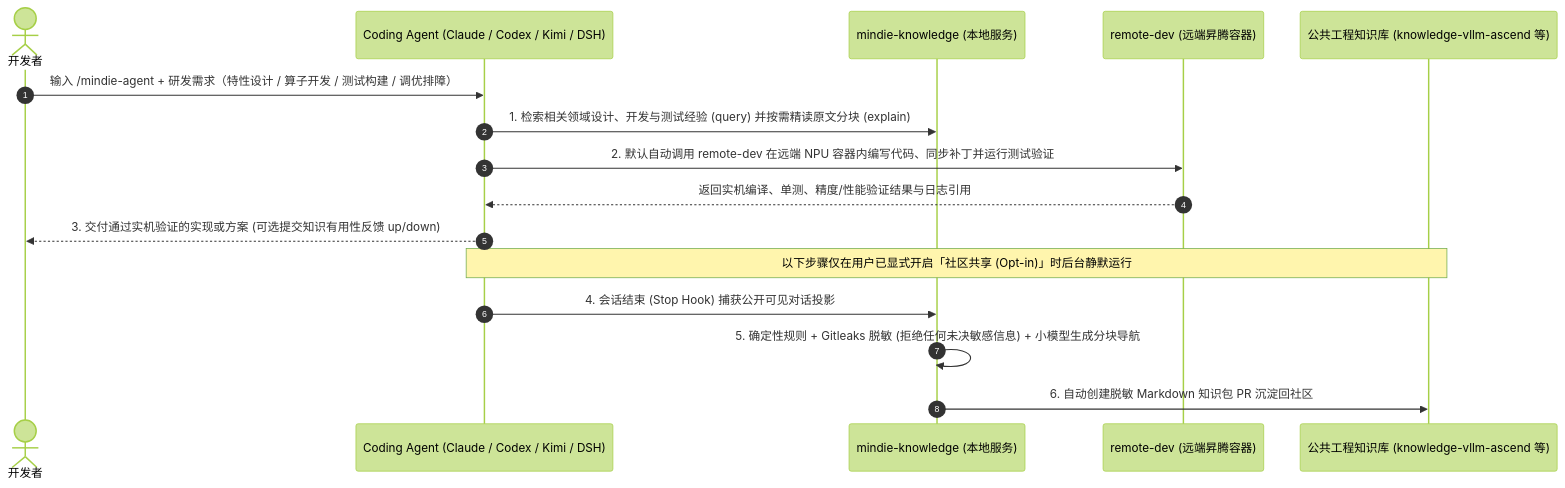
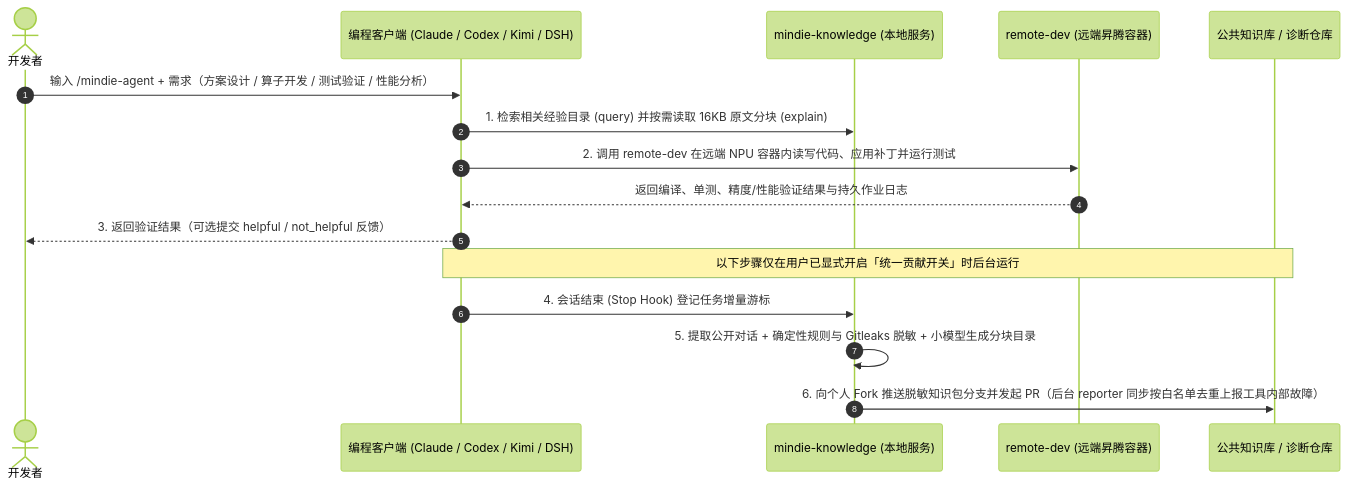
One commit to grandolantow/mindie-agent changed the second of 2 diagrams in README.md. Above: the diagram before and after it, drawn with Mermaid (forest theme). The commit also changed other lines of this file and 15 other files, not shown here.

````diff
--- a/README.md
+++ b/README.md
@@ -221,19 +224,19 @@
 ```mermaid
 sequenceDiagram
   autonumber
   actor Dev as 开发者
-  participant Agent as Coding Agent (Claude / Codex / Kimi / DSH)
+  participant Agent as 编程客户端 (Claude / Codex / Kimi / DSH)
   participant Know as mindie-knowledge (本地服务)
   participant NPU as remote-dev (远端昇腾容器)
-  participant Repo as 公共工程知识库 (knowledge-vllm-ascend 等)
+  participant Repo as 公共知识库 / 诊断仓库
 
-  Dev->>Agent: 输入 /mindie-agent + 研发需求（特性设计 / 算子开发 / 测试构建 / 调优排障）
-  Agent->>Know: 1. 检索相关领域设计、开发与测试经验 (query) 并按需精读原文分块 (explain)
-  Agent->>NPU: 2. 默认自动调用 remote-dev 在远端 NPU 容器内编写代码、同步补丁并运行测试验证
-  NPU-->>Agent: 返回实机编译、单测、精度/性能验证结果与日志引用
-  Agent-->>Dev: 3. 交付通过实机验证的实现或方案 (可选提交知识有用性反馈 up/down)
-  Note over Agent,Repo: 以下步骤仅在用户已显式开启「社区共享 (Opt-in)」时后台静默运行
-  Agent->>Know: 4. 会话结束 (Stop Hook) 捕获公开可见对话投影
-  Know->>Know: 5. 确定性规则 + Gitleaks 脱敏 (拒绝任何未决敏感信息) + 小模型生成分块导航
-  Know->>Repo: 6. 自动创建脱敏 Markdown 知识包 PR 沉淀回社区
+  Dev->>Agent: 输入 /mindie-agent + 需求（方案设计 / 算子开发 / 测试验证 / 性能分析）
+  Agent->>Know: 1. 检索相关经验目录 (query) 并按需读取 16KB 原文分块 (explain)
+  Agent->>NPU: 2. 调用 remote-dev 在远端 NPU 容器内读写代码、应用补丁并运行测试
+  NPU-->>Agent: 返回编译、单测、精度/性能验证结果与持久作业日志
+  Agent-->>Dev: 3. 返回验证结果（可选提交 helpful / not_helpful 反馈）
+  Note over Agent,Repo: 以下步骤仅在用户已显式开启「统一贡献开关」时后台运行
+  Agent->>Know: 4. 会话结束 (Stop Hook) 登记任务增量游标
+  Know->>Know: 5. 提取公开对话 + 确定性规则与 Gitleaks 脱敏 + 小模型生成分块目录
+  Know->>Repo: 6. 向个人 Fork 推送脱敏知识包分支并发起 PR（后台 reporter 同步按白名单去重上报工具内部故障）
 ```
````
